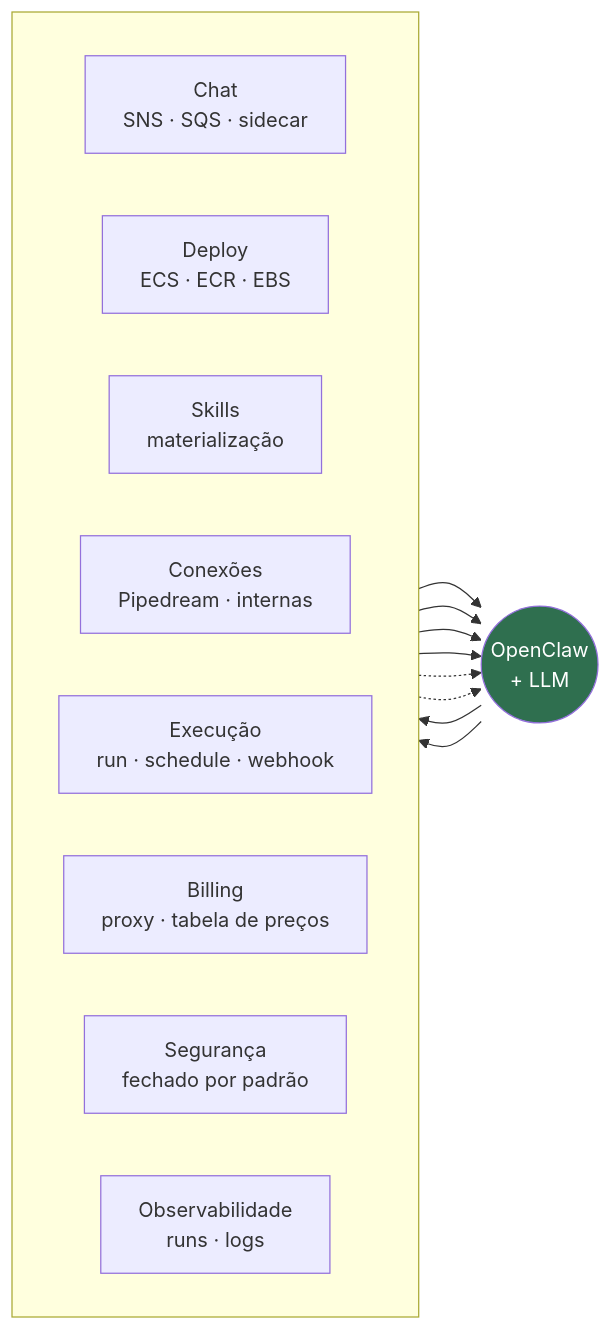
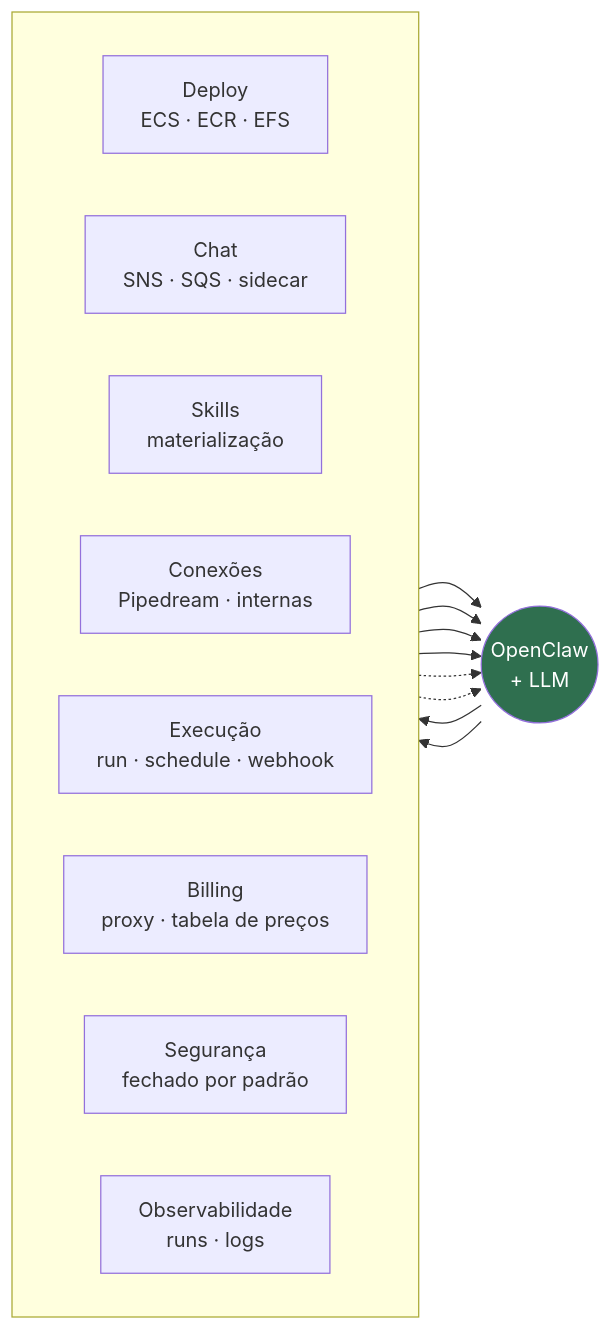
One commit to newtonbeck/hacktown-2026 changed the diagram in palestras/02-o-que-sobra-sem-llm/core/04-o-mapa-do-harness.md. Above: the diagram before and after it, drawn with Mermaid. The commit also changed 5 other files, not shown here.

First line of the commit message:
Põe o deploy antes do chat e corrige EBS para EFS

````diff
--- a/palestras/02-o-que-sobra-sem-llm/core/04-o-mapa-do-harness.md
+++ b/palestras/02-o-que-sobra-sem-llm/core/04-o-mapa-do-harness.md
@@ -15,24 +15,24 @@
 ```mermaid
 flowchart LR
   subgraph H[" "]
     direction LR
+    D[Deploy<br/>ECS · ECR · EFS]
     C[Chat<br/>SNS · SQS · sidecar]
-    D[Deploy<br/>ECS · ECR · EBS]
     S[Skills<br/>materialização]
     I[Conexões<br/>Pipedream · internas]
     E[Execução<br/>run · schedule · webhook]
     B[Billing<br/>proxy · tabela de preços]
     G[Segurança<br/>fechado por padrão]
     O[Observabilidade<br/>runs · logs]
   end
   L((OpenClaw<br/>+ LLM))
   C --> L
   S --> L
   I --> L
   E --> L
   L --> B
   L --> O
   D -.-> L
   G -.-> L
   style L fill:#2f6f4f,color:#fff
 ```
````
